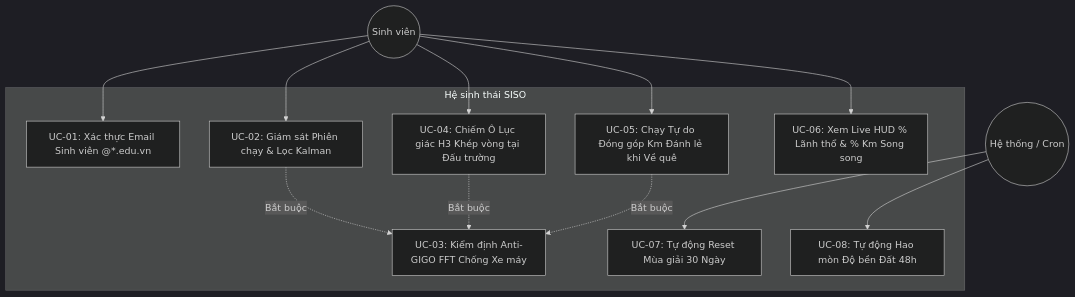
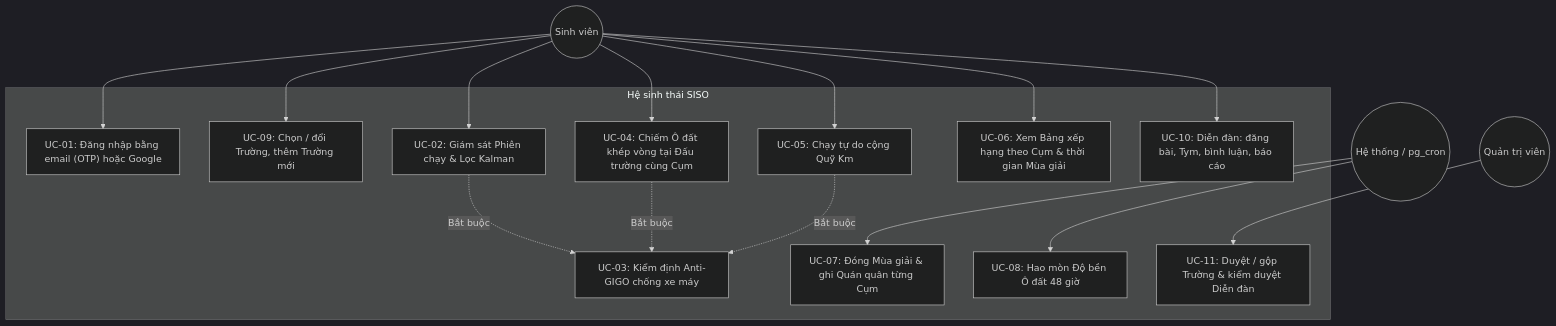
The second of 4 diagrams in docs/SRS_SISO_DA_CHIEN_BINH_THANH.md (TienPhuc03/SISO), drawn with Mermaid (dark theme) before and after one commit. The commit also changed other lines of this file and 48 other files, not shown here.

Commit message:
feat(app): đăng nhập Google, chọn Trường, BXH theo Cụm + thời gian Mùa, Diễn đàn

````diff
--- a/docs/SRS_SISO_DA_CHIEN_BINH_THANH.md
+++ b/docs/SRS_SISO_DA_CHIEN_BINH_THANH.md
@@ -201,29 +228,36 @@
 ```mermaid
 flowchart TD
     Runner((Sinh viên))
-    Cron((Hệ thống / Cron))
+    Cron((Hệ thống / pg_cron))
+    Admin((Quản trị viên))
 
     subgraph SISO_Platform["Hệ sinh thái SISO"]
-        UC1[UC-01: Xác thực Email Sinh viên @*.edu.vn]
-        UC2[UC-02: Giám sát Phiên chạy & Lọc Kalman]
-        UC3[UC-03: Kiểm định Anti-GIGO FFT Chống Xe máy]
-        UC4[UC-04: Chiếm Ô Lục giác H3 Khép vòng tại Đấu trường]
-        UC5[UC-05: Chạy Tự do Đóng góp Km Đánh lẻ khi Về quê]
-        UC6[UC-06: Xem Live HUD % Lãnh thổ & % Km Song song]
-        UC7[UC-07: Tự động Reset Mùa giải 30 Ngày]
-        UC8[UC-08: Tự động Hao mòn Độ bền Đất 48h]
+        UC1["UC-01: Đăng nhập bằng email (OTP) hoặc Google"]
+        UC9["UC-09: Chọn / đổi Trường, thêm Trường mới"]
+        UC2["UC-02: Giám sát Phiên chạy & Lọc Kalman"]
+        UC3["UC-03: Kiểm định Anti-GIGO chống xe máy"]
+        UC4["UC-04: Chiếm Ô đất khép vòng tại Đấu trường cùng Cụm"]
+        UC5["UC-05: Chạy tự do cộng Quỹ Km"]
+        UC6["UC-06: Xem Bảng xếp hạng theo Cụm & thời gian Mùa giải"]
+        UC10["UC-10: Diễn đàn: đăng bài, Tym, bình luận, báo cáo"]
+        UC7["UC-07: Đóng Mùa giải & ghi Quán quân từng Cụm"]
+        UC8["UC-08: Hao mòn Độ bền Ô đất 48 giờ"]
+        UC11["UC-11: Duyệt / gộp Trường & kiểm duyệt Diễn đàn"]
     end
 
     Runner --> UC1
+    Runner --> UC9
     Runner --> UC2
     Runner --> UC4
     Runner --> UC5
     Runner --> UC6
+    Runner --> UC10
 
     UC2 -.->|Bắt buộc| UC3
     UC4 -.->|Bắt buộc| UC3
     UC5 -.->|Bắt buộc| UC3
 
     Cron --> UC7
     Cron --> UC8
+    Admin --> UC11
 ```
````
